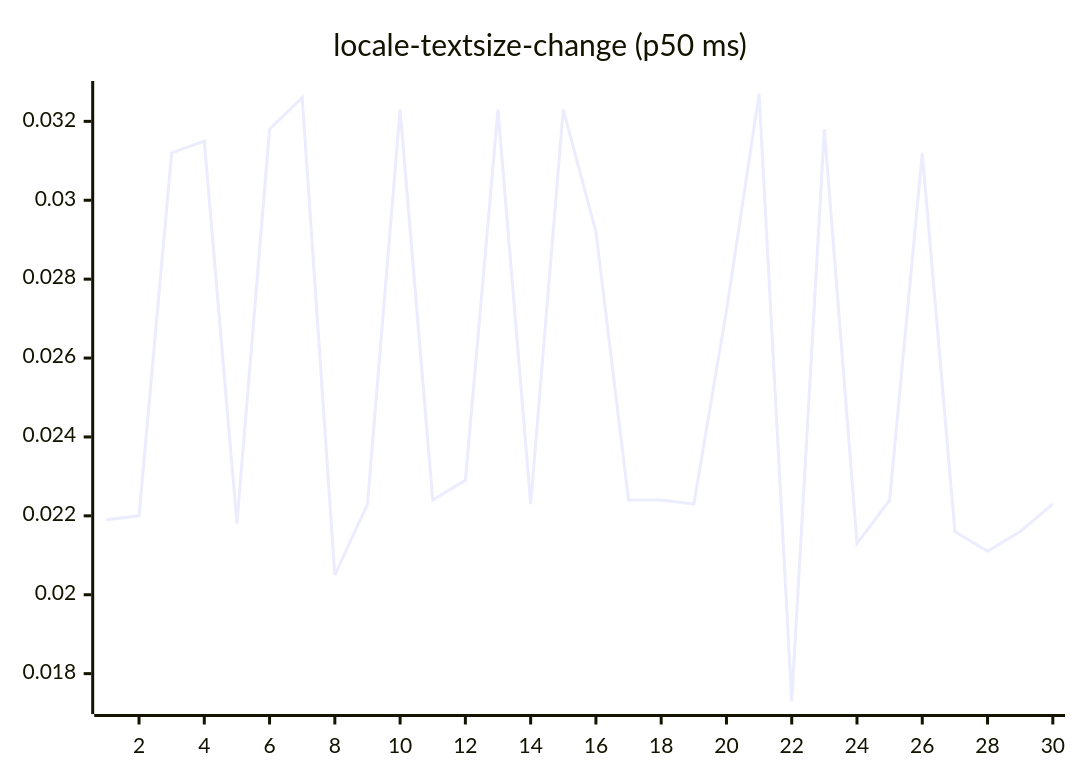
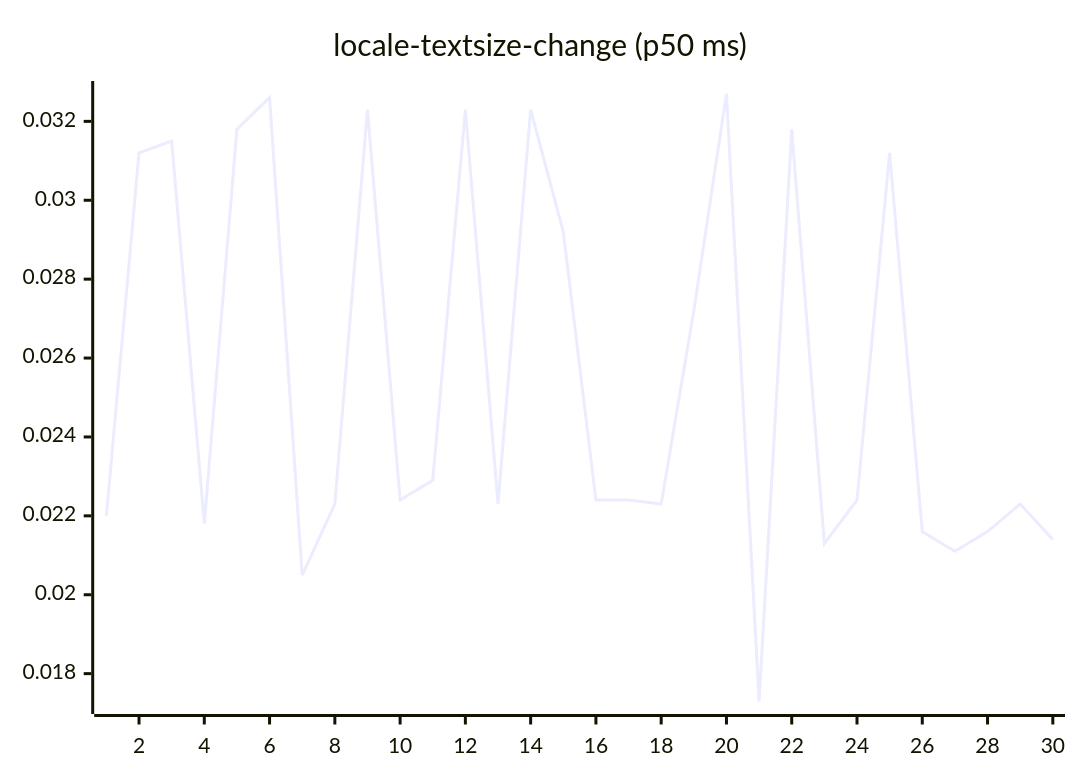
Diagram 13 of 27 in README.md (josha/Facet), drawn with Mermaid before and after one commit. The commit also changed other lines of this file and 2 other files, not shown here.

````diff
--- a/README.md
+++ b/README.md
@@ -147,6 +147,6 @@
 ```mermaid
 xychart-beta
     title "locale-textsize-change (p50 ms)"
     x-axis 1 --> 30
-    line [0.0219, 0.0220, 0.0312, 0.0315, 0.0218, 0.0318, 0.0326, 0.0205, 0.0223, 0.0323, 0.0224, 0.0229, 0.0323, 0.0223, 0.0323, 0.0292, 0.0224, 0.0224, 0.0223, 0.0272, 0.0327, 0.0173, 0.0318, 0.0213, 0.0224, 0.0312, 0.0216, 0.0211, 0.0216, 0.0223]
+    line [0.0220, 0.0312, 0.0315, 0.0218, 0.0318, 0.0326, 0.0205, 0.0223, 0.0323, 0.0224, 0.0229, 0.0323, 0.0223, 0.0323, 0.0292, 0.0224, 0.0224, 0.0223, 0.0272, 0.0327, 0.0173, 0.0318, 0.0213, 0.0224, 0.0312, 0.0216, 0.0211, 0.0216, 0.0223, 0.0214]
 ```
````
